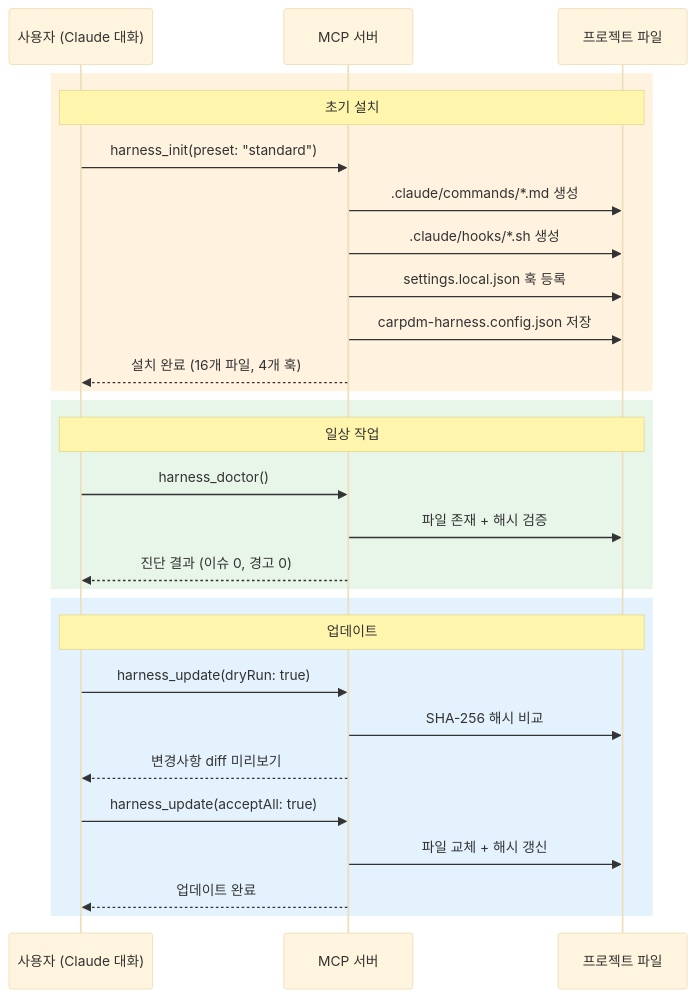
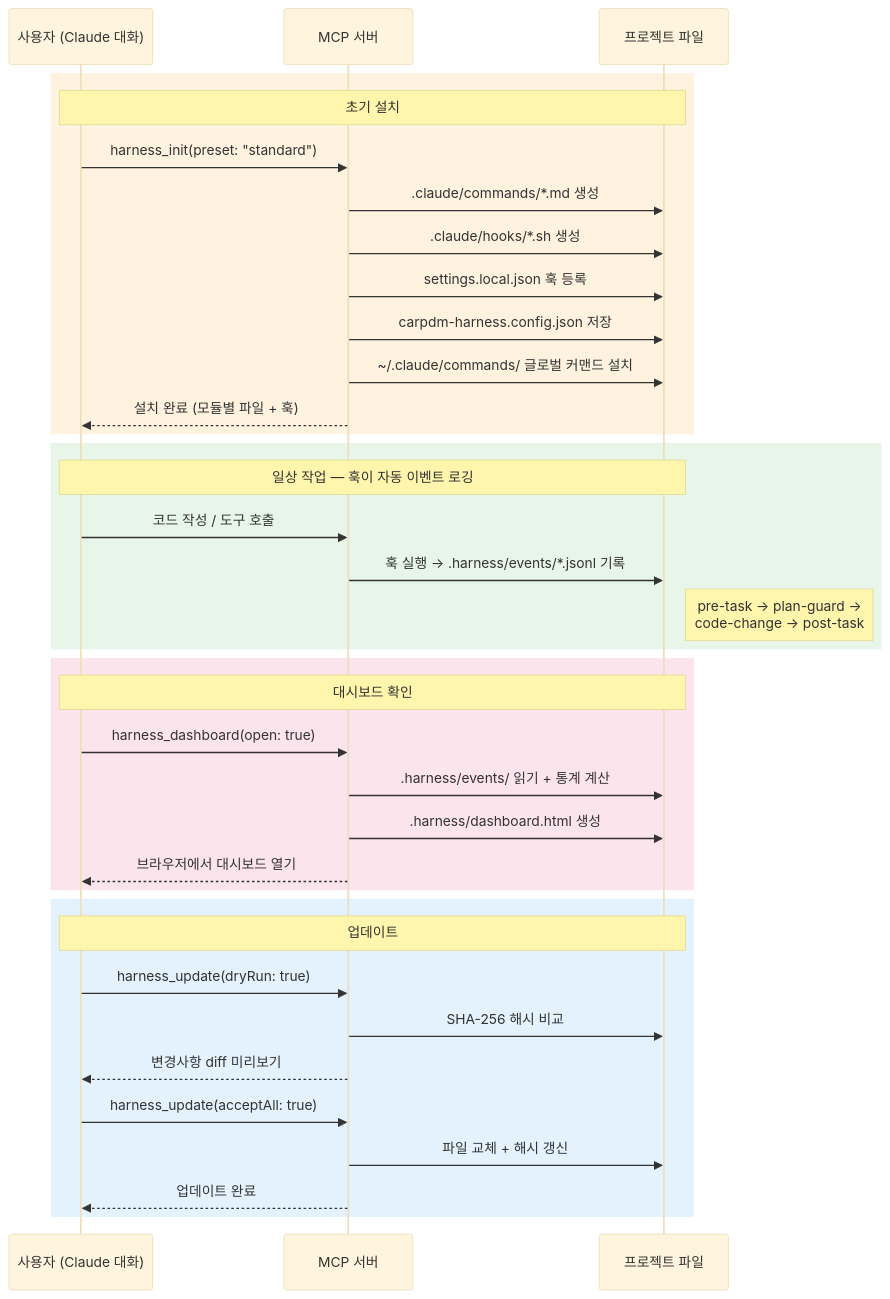
One commit to skdkfk8758/carpdm_harness changed the third of 5 diagrams in README.md. Above: the diagram before and after it, drawn with Mermaid (base theme). The commit also changed other lines of this file, not shown here.

````diff
--- a/README.md
+++ b/README.md
@@ -103,33 +151,42 @@
 ```mermaid
 sequenceDiagram
     participant U as 사용자 (Claude 대화)
     participant M as MCP 서버
     participant F as 프로젝트 파일
 
     rect rgb(255, 243, 224)
     Note over U,F: 초기 설치
     U->>M: harness_init(preset: "standard")
     M->>F: .claude/commands/*.md 생성
     M->>F: .claude/hooks/*.sh 생성
     M->>F: settings.local.json 훅 등록
     M->>F: carpdm-harness.config.json 저장
-    M-->>U: 설치 완료 (16개 파일, 4개 훅)
+    M->>F: ~/.claude/commands/ 글로벌 커맨드 설치
+    M-->>U: 설치 완료 (모듈별 파일 + 훅)
     end
 
     rect rgb(232, 245, 233)
-    Note over U,F: 일상 작업
-    U->>M: harness_doctor()
-    M->>F: 파일 존재 + 해시 검증
-    M-->>U: 진단 결과 (이슈 0, 경고 0)
+    Note over U,F: 일상 작업 — 훅이 자동 이벤트 로깅
+    U->>M: 코드 작성 / 도구 호출
+    M->>F: 훅 실행 → .harness/events/*.jsonl 기록
+    Note right of F: pre-task → plan-guard →<br/>code-change → post-task
+    end
+
+    rect rgb(252, 228, 236)
+    Note over U,F: 대시보드 확인
+    U->>M: harness_dashboard(open: true)
+    M->>F: .harness/events/ 읽기 + 통계 계산
+    M->>F: .harness/dashboard.html 생성
+    M-->>U: 브라우저에서 대시보드 열기
     end
 
     rect rgb(227, 242, 253)
     Note over U,F: 업데이트
     U->>M: harness_update(dryRun: true)
     M->>F: SHA-256 해시 비교
     M-->>U: 변경사항 diff 미리보기
     U->>M: harness_update(acceptAll: true)
     M->>F: 파일 교체 + 해시 갱신
     M-->>U: 업데이트 완료
     end
 ```
````
